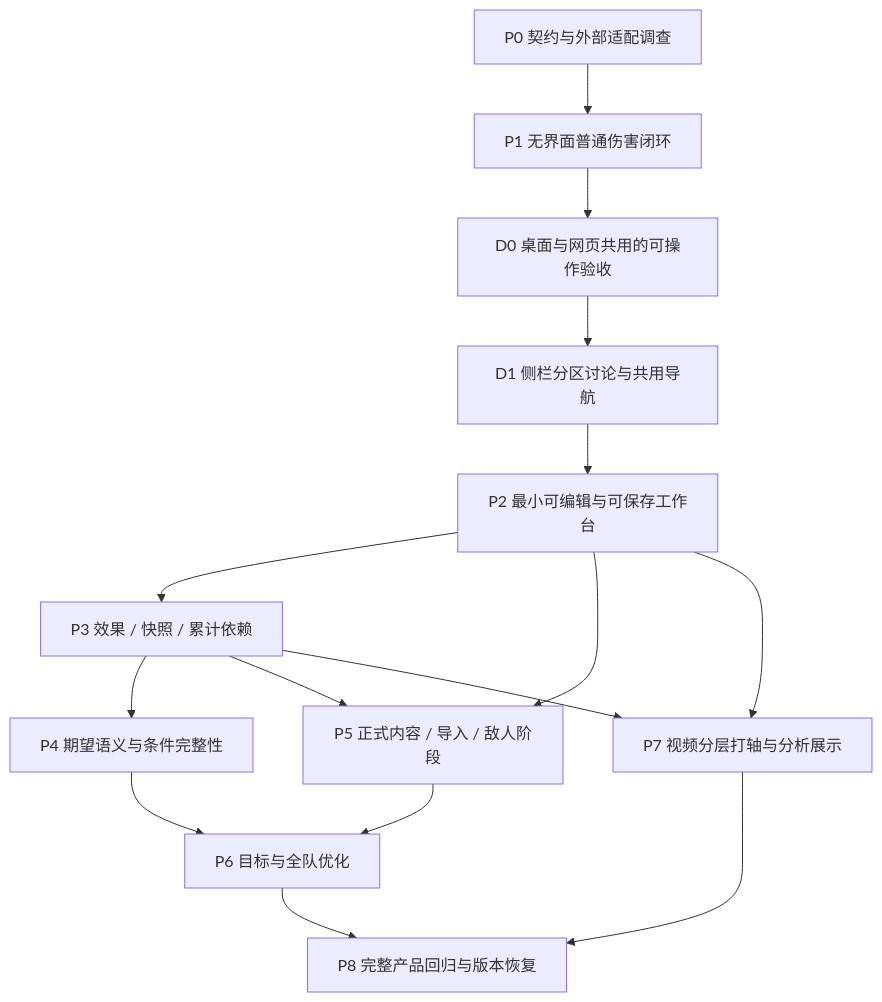
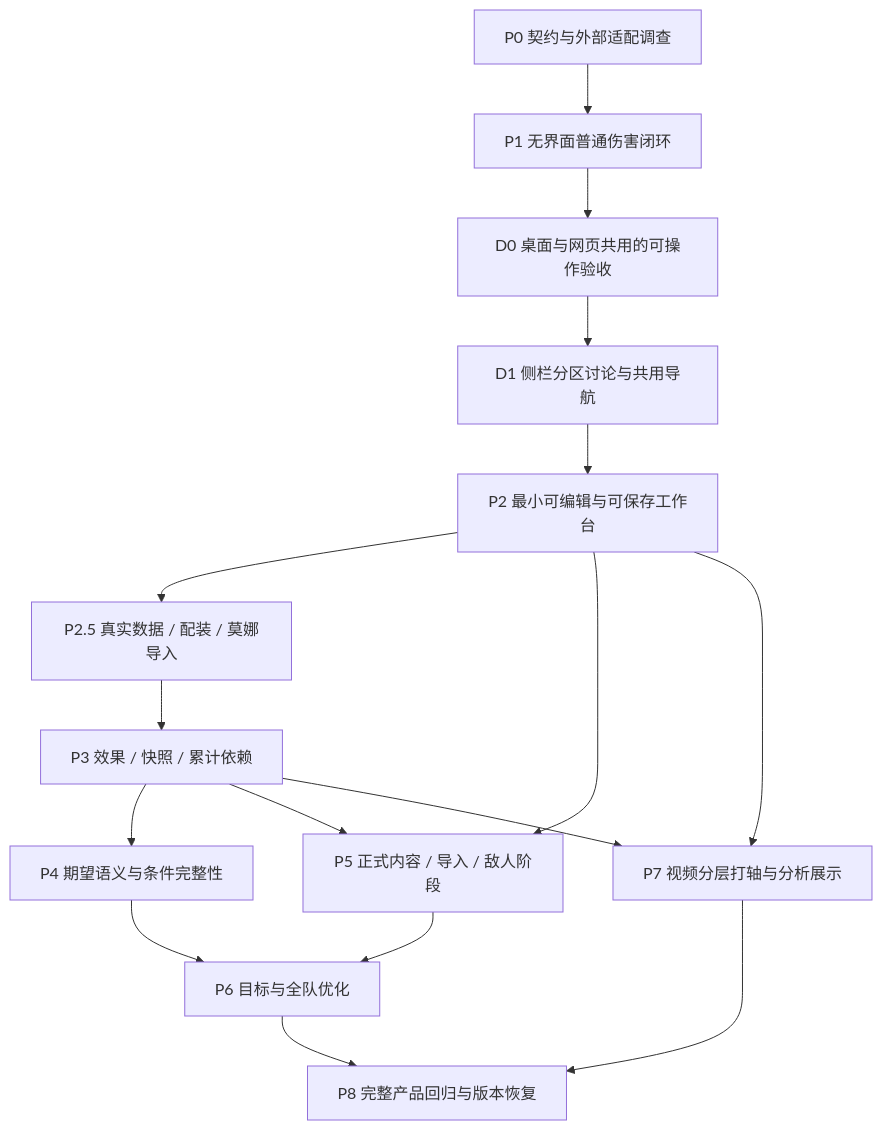
One commit to YJX-01/LeyLine-Simulator changed the diagram in docs/planning/implementation-roadmap.md. Above: the diagram before and after it, drawn with Mermaid. The commit also changed other lines of this file and 88 other files, not shown here.

````diff
--- a/docs/planning/implementation-roadmap.md
+++ b/docs/planning/implementation-roadmap.md
@@ -47,17 +48,18 @@
 ```mermaid
 flowchart TD
   P0[P0 契约与外部适配调查] --> P1[P1 无界面普通伤害闭环]
   P1 --> D0[D0 桌面与网页共用的可操作验收]
   D0 --> D1[D1 侧栏分区讨论与共用导航]
   D1 --> P2[P2 最小可编辑与可保存工作台]
-  P2 --> P3[P3 效果 / 快照 / 累计依赖]
+  P2 --> P25[P2.5 真实数据 / 配装 / 莫娜导入]
+  P25 --> P3[P3 效果 / 快照 / 累计依赖]
   P3 --> P4[P4 期望语义与条件完整性]
   P2 --> P5[P5 正式内容 / 导入 / 敌人阶段]
   P3 --> P5
   P4 --> P6[P6 目标与全队优化]
   P5 --> P6
   P2 --> P7[P7 视频分层打轴与分析展示]
   P3 --> P7
   P6 --> P8[P8 完整产品回归与版本恢复]
   P7 --> P8
 ```
````
